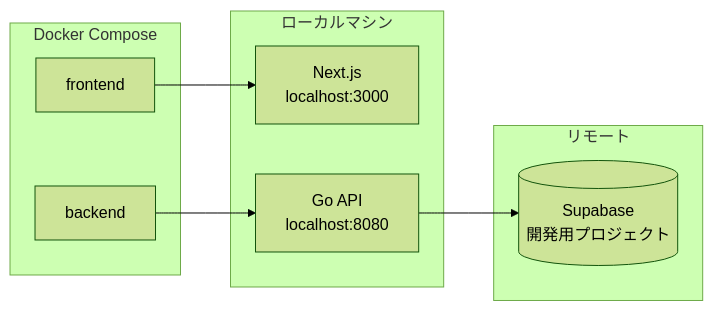
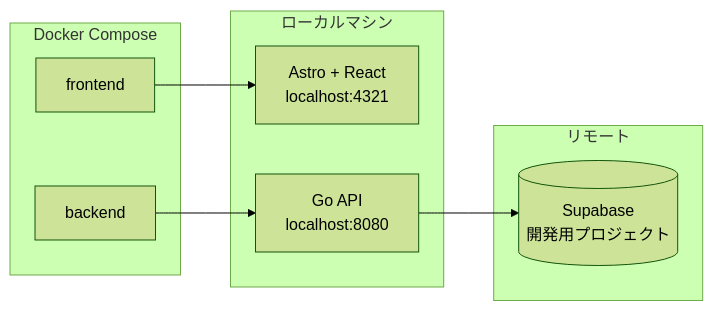
Before and after one commit to cergijame101007/satehits: the second of 4 diagrams in docs/infrastructure.md, drawn with Mermaid (forest theme). The commit also changed other lines of this file and 43 other files, not shown here.

````diff
--- a/docs/infrastructure.md
+++ b/docs/infrastructure.md
@@ -88,20 +113,20 @@
 ```mermaid
 flowchart LR
     subgraph Local[ローカルマシン]
-        Frontend[Next.js<br>localhost:3000]
+        Frontend[Astro + React<br>localhost:4321]
         Backend[Go API<br>localhost:8080]
     end
 
     subgraph Docker[Docker Compose]
         FrontendContainer[frontend]
         BackendContainer[backend]
     end
 
     subgraph Remote[リモート]
         Supabase[(Supabase<br>開発用プロジェクト)]
     end
 
     FrontendContainer --> Frontend
     BackendContainer --> Backend
     Backend --> Supabase
 ```
````
